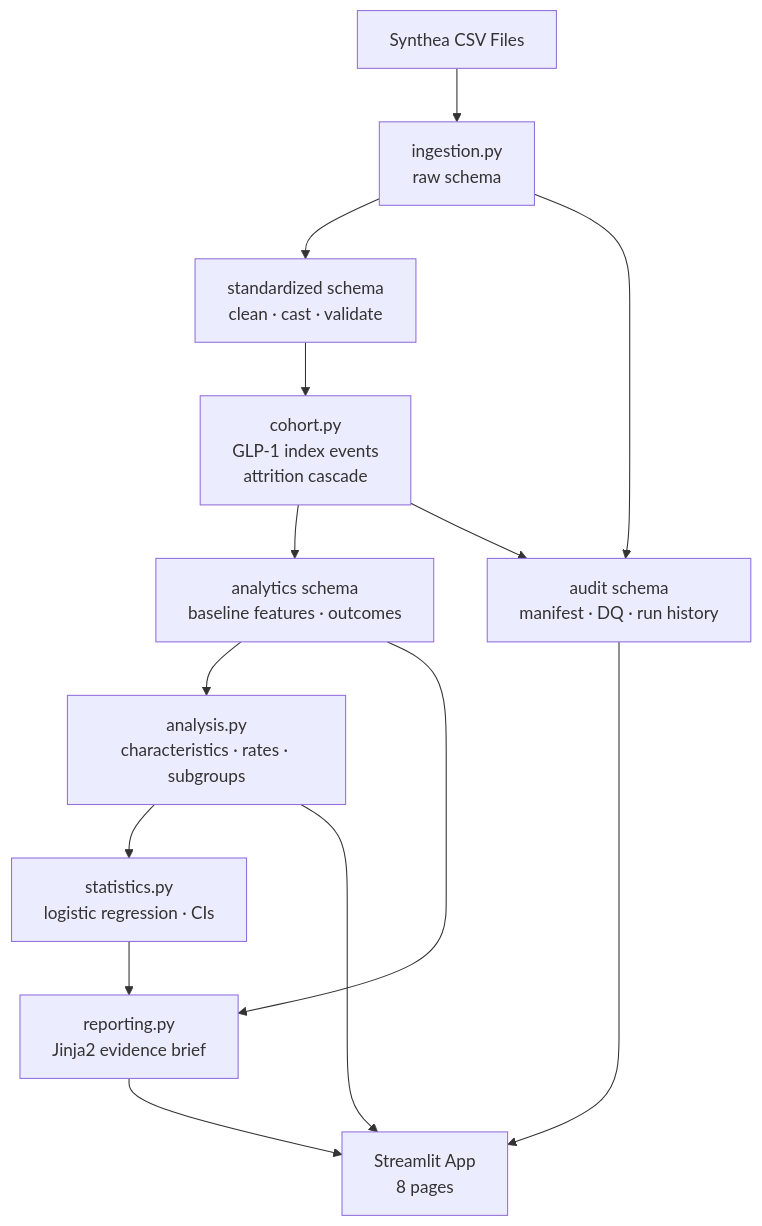
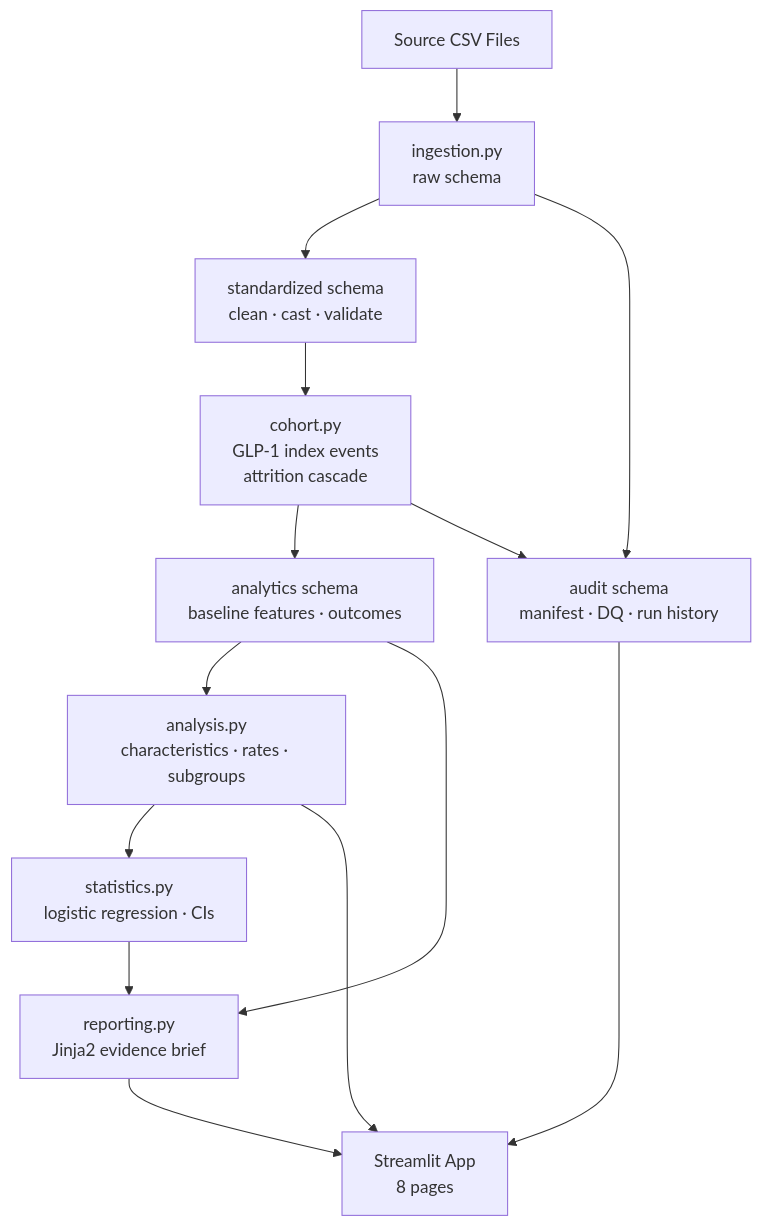
One commit to johanna-momole/real-world-evidence-studio changed the first of 2 diagrams in README.md. Above: the diagram before and after it, drawn with Mermaid. The commit also changed other lines of this file and 18 other files, not shown here.

````diff
--- a/README.md
+++ b/README.md
@@ -24,16 +24,16 @@
 ```mermaid
 flowchart TD
-    A[Synthea CSV Files] --> B[ingestion.py\nraw schema]
+    A[Source CSV Files] --> B[ingestion.py\nraw schema]
     B --> C[standardized schema\nclean · cast · validate]
     C --> D[cohort.py\nGLP-1 index events\nattrition cascade]
     D --> E[analytics schema\nbaseline features · outcomes]
     E --> F[analysis.py\ncharacteristics · rates · subgroups]
     F --> G[statistics.py\nlogistic regression · CIs]
     G --> H[reporting.py\nJinja2 evidence brief]
     E --> H
     B --> I[audit schema\nmanifest · DQ · run history]
     D --> I
     H --> J[Streamlit App\n8 pages]
     F --> J
     I --> J
 ```
````
